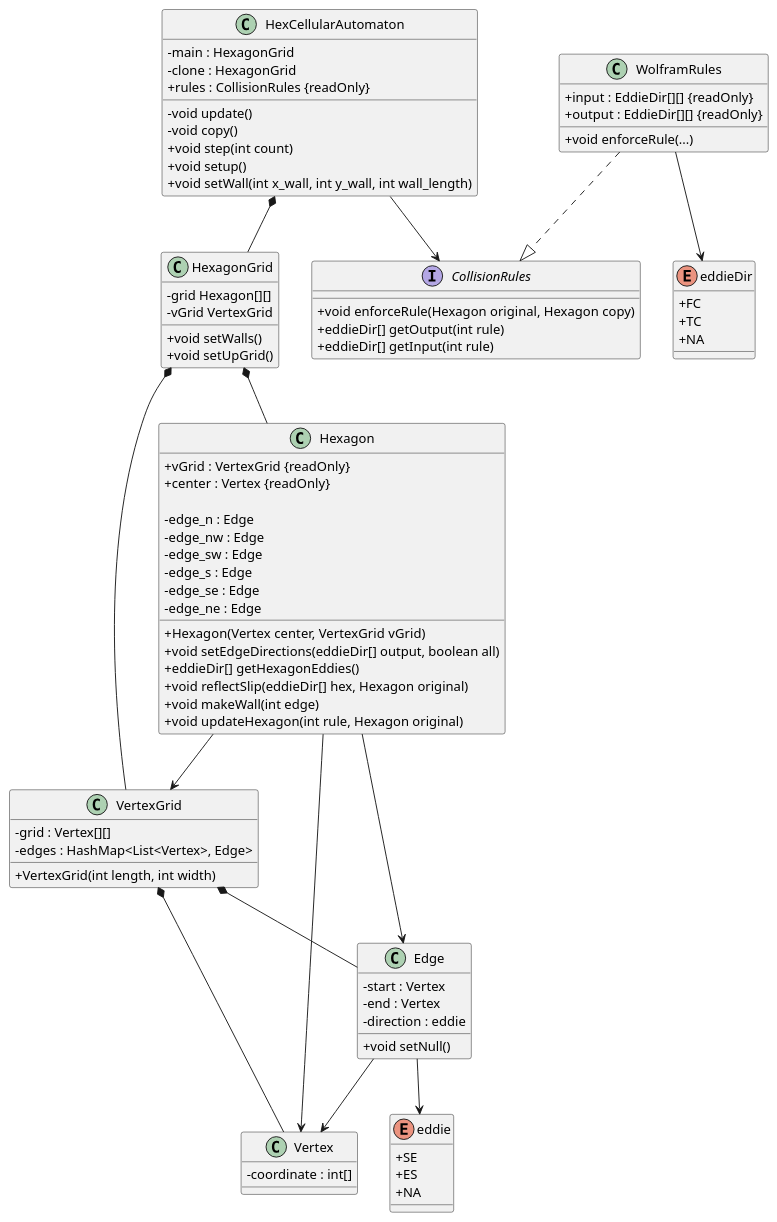
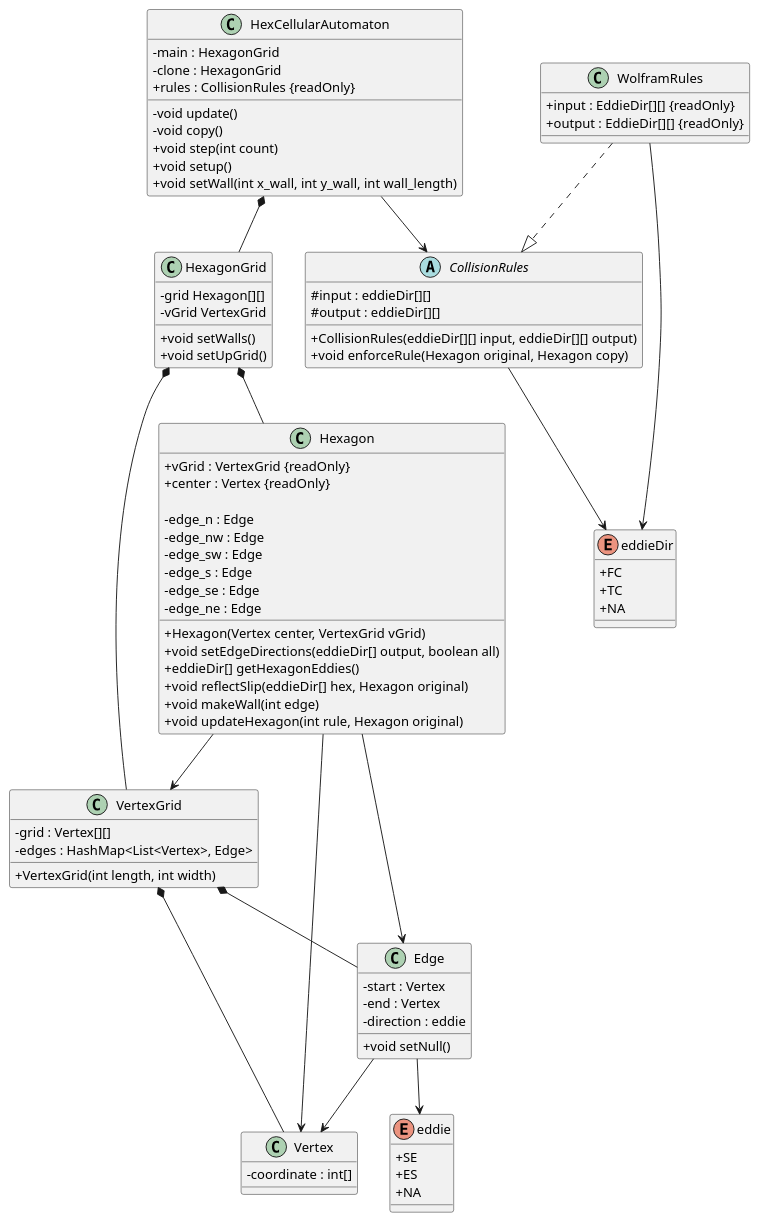
The diagram in src/UML class diagram.puml (taronsci/Capstone), drawn with PlantUML before and after one commit. The commit also changed 3 other files, not shown here.

Commit message:
changed interface to abstract class

```diff
--- a/src/UML class diagram.puml
+++ b/src/UML class diagram.puml
@@ -1,103 +1,105 @@
 @startuml
 skinparam classAttributeIconSize 0
 
 class Vertex {
   - coordinate : int[]
 }
 
 enum eddie{
     + SE
     + ES
     + NA
 }
 
 class Edge {
   - start : Vertex
   - end : Vertex
   - direction : eddie
   + void setNull()
 }
 
 class VertexGrid {
   - grid : Vertex[][]
   - edges : HashMap<List<Vertex>, Edge>
   + VertexGrid(int length, int width)
 }
 
 enum eddieDir{
     + FC
     + TC
     + NA
 }
 
 class Hexagon {
     + vGrid : VertexGrid {readOnly}
     + center : Vertex {readOnly}
 
     - edge_n : Edge
     - edge_nw : Edge
     - edge_sw : Edge
     - edge_s : Edge
     - edge_se : Edge
     - edge_ne : Edge
 
     + Hexagon(Vertex center, VertexGrid vGrid)
 '    - void setEdgeDirection(Edge e, eddieDir dir)
 '    + boolean hasDirection(int edge)
     + void setEdgeDirections(eddieDir[] output, boolean all)
 '    + void setDirection(int edge, eddieDir dir)
     + eddieDir[] getHexagonEddies()
     + void reflectSlip(eddieDir[] hex, Hexagon original)
     + void makeWall(int edge)
     + void updateHexagon(int rule, Hexagon original)
 }
 
 class HexagonGrid {
     - grid Hexagon[][]
     - vGrid VertexGrid
     + void setWalls()
     + void setUpGrid()
 }
 
 class WolframRules{
     + input : EddieDir[][] {readOnly}
     + output : EddieDir[][] {readOnly}
-    + void enforceRule(...)
 }
-interface CollisionRules{
+abstract class CollisionRules{
+    # input : eddieDir[][]
+    # output : eddieDir[][]
+    + CollisionRules(eddieDir[][] input, eddieDir[][] output)
     + void enforceRule(Hexagon original, Hexagon copy)
-    + eddieDir[] getOutput(int rule)
-    + eddieDir[] getInput(int rule)
 }
 
 class HexCellularAutomaton{
     - main : HexagonGrid
     - clone : HexagonGrid
     + rules : CollisionRules {readOnly}
     - void update()
     - void copy()
     + void step(int count)
     + void setup()
     + void setWall(int x_wall, int y_wall, int wall_length)
 }
 
 Edge --> Vertex
 
 Edge --> eddie
+
+WolframRules ..|> CollisionRules
+CollisionRules --> eddieDir
 WolframRules --> eddieDir
-WolframRules ..|> CollisionRules
 
 VertexGrid *-- Edge
 VertexGrid *-- Vertex
 
 Hexagon --> VertexGrid
 Hexagon --> Vertex
 Hexagon --> Edge
 
 HexagonGrid *-- Hexagon
 HexagonGrid *-- VertexGrid
 
 HexCellularAutomaton *-- HexagonGrid
 HexCellularAutomaton --> CollisionRules
 
 @enduml
```
